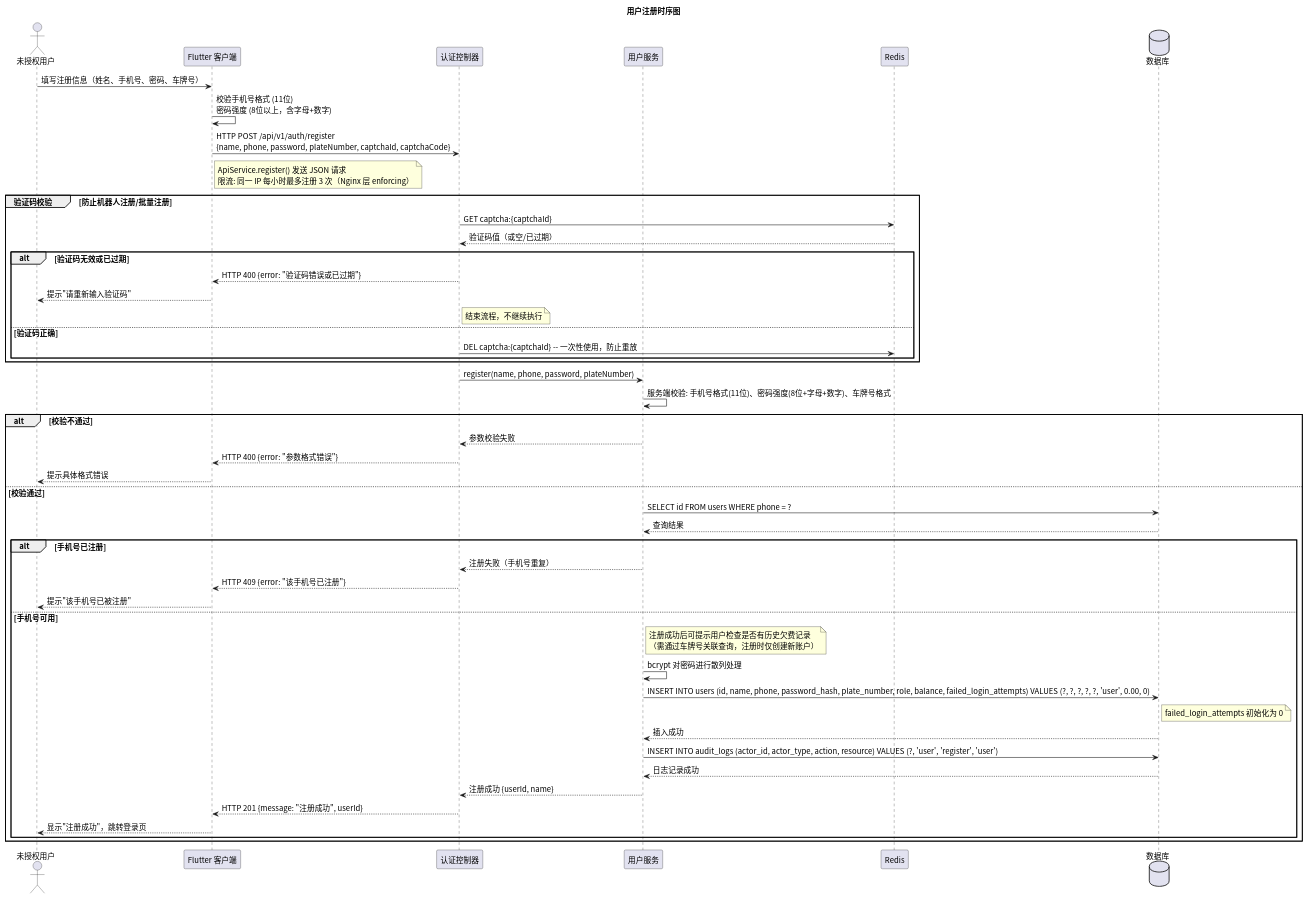
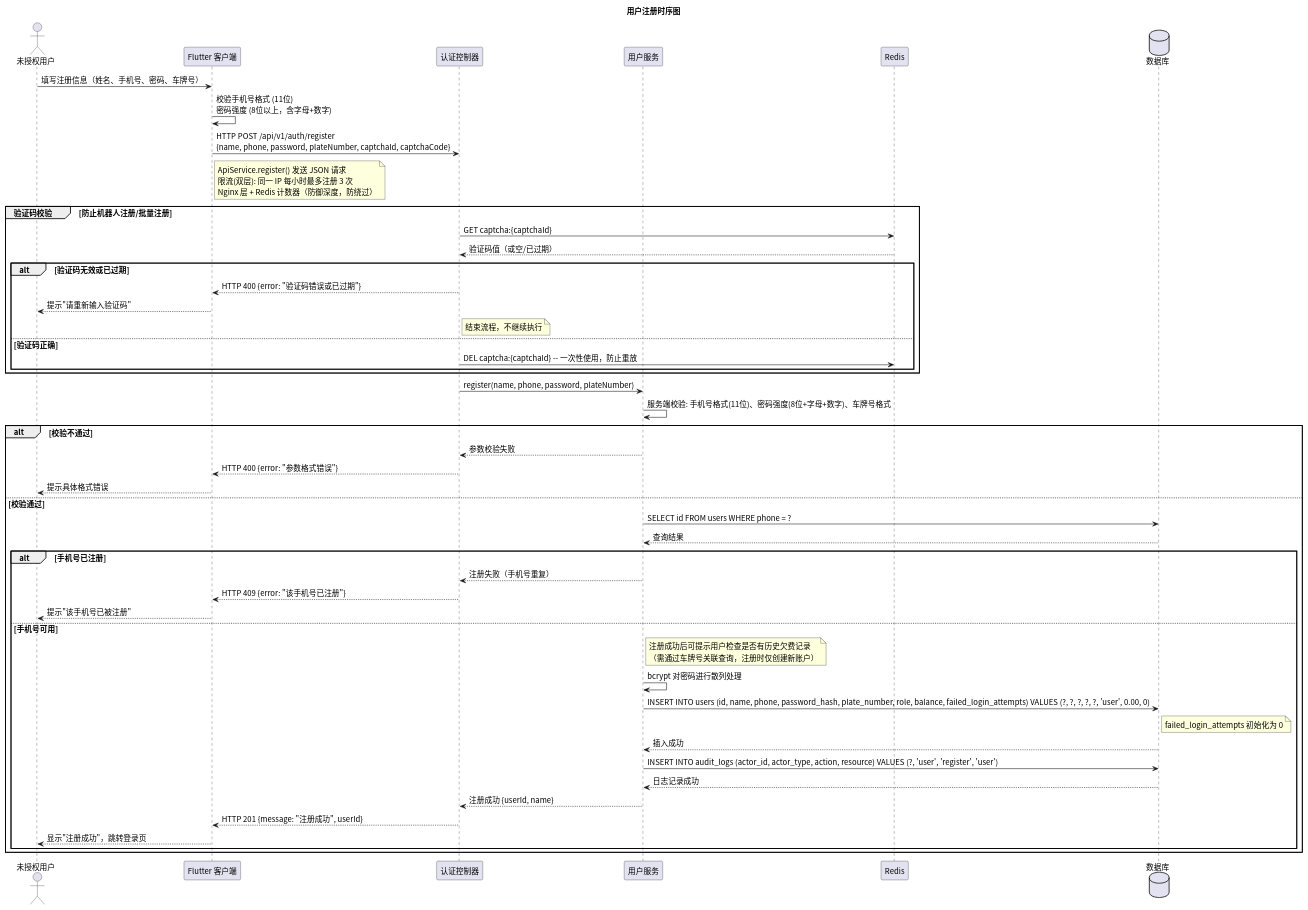
One commit to greenhandzdl/charging-station-doc changed the diagram in time/src/sequence_register.puml. Above: the diagram before and after it, drawn with PlantUML. The commit also changed 21 other files, not shown here.

First line of the commit message:
fix: 架构与安全评估第四轮修复 — 支付记录用例、故障桩列表、Nginx隔离强化、时序图一致性

```diff
--- a/time/src/sequence_register.puml
+++ b/time/src/sequence_register.puml
@@ -1,60 +1,60 @@
 @startuml
 skinparam defaultFontName "Noto Sans CJK SC"
 skinparam defaultFontSize 14
 title 用户注册时序图
 
 ' 所有 SQL 操作使用 PreparedStatement 参数绑定，禁止字符串拼接
 actor 未授权用户 as U
 participant "Flutter 客户端" as FE
 participant "认证控制器" as Ctrl
 participant "用户服务" as US
 participant "Redis" as Cache
 database 数据库 as DB
 
 U -> FE: 填写注册信息（姓名、手机号、密码、车牌号）
 FE -> FE: 校验手机号格式 (11位)\n密码强度 (8位以上，含字母+数字)
 FE -> Ctrl: HTTP POST /api/v1/auth/register\n{name, phone, password, plateNumber, captchaId, captchaCode}
-note right FE : ApiService.register() 发送 JSON 请求\n限流: 同一 IP 每小时最多注册 3 次（Nginx 层 enforcing）
+note right FE : ApiService.register() 发送 JSON 请求\n限流(双层): 同一 IP 每小时最多注册 3 次\nNginx 层 + Redis 计数器（防御深度，防绕过）
 
 group 验证码校验 [防止机器人注册/批量注册]
   Ctrl -> Cache: GET captcha:{captchaId}
   Cache --> Ctrl: 验证码值（或空/已过期）
 
   alt 验证码无效或已过期
     Ctrl --> FE: HTTP 400 {error: "验证码错误或已过期"}
     FE --> U: 提示"请重新输入验证码"
     note right Ctrl : 结束流程，不继续执行
   else 验证码正确
     Ctrl -> Cache: DEL captcha:{captchaId} -- 一次性使用，防止重放
   end
 end
 
 Ctrl -> US: register(name, phone, password, plateNumber)
 US -> US: 服务端校验: 手机号格式(11位)、密码强度(8位+字母+数字)、车牌号格式
 
 alt 校验不通过
   US --> Ctrl: 参数校验失败
   Ctrl --> FE: HTTP 400 {error: "参数格式错误"}
   FE --> U: 提示具体格式错误
 else 校验通过
   US -> DB: SELECT id FROM users WHERE phone = ?
   DB --> US: 查询结果
 
   alt 手机号已注册
     US --> Ctrl: 注册失败（手机号重复）
     Ctrl --> FE: HTTP 409 {error: "该手机号已注册"}
     FE --> U: 提示"该手机号已被注册"
   else 手机号可用
     note right US : 注册成功后可提示用户检查是否有历史欠费记录\n（需通过车牌号关联查询，注册时仅创建新账户）
     US -> US: bcrypt 对密码进行散列处理
     US -> DB: INSERT INTO users (id, name, phone, password_hash, plate_number, role, balance, failed_login_attempts) VALUES (?, ?, ?, ?, ?, 'user', 0.00, 0)
     note right DB : failed_login_attempts 初始化为 0
     DB --> US: 插入成功
     US -> DB: INSERT INTO audit_logs (actor_id, actor_type, action, resource) VALUES (?, 'user', 'register', 'user')
     DB --> US: 日志记录成功
     US --> Ctrl: 注册成功 {userId, name}
     Ctrl --> FE: HTTP 201 {message: "注册成功", userId}
     FE --> U: 显示"注册成功"，跳转登录页
   end
 end
 @enduml
```
